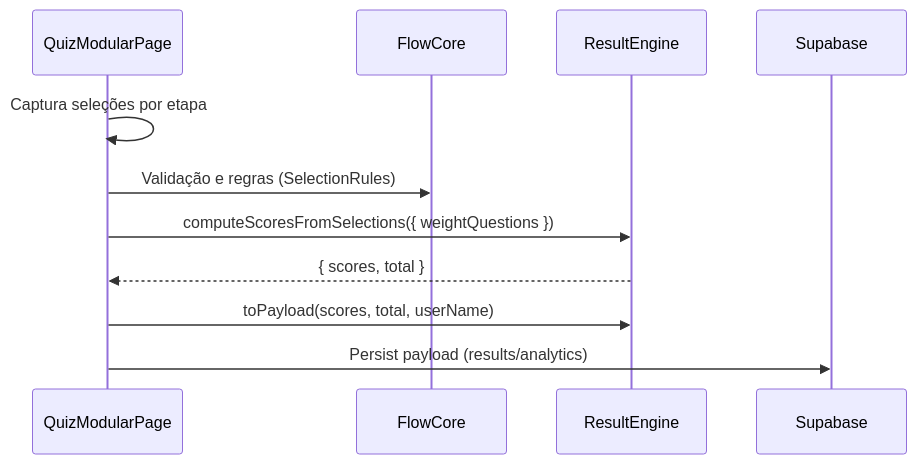
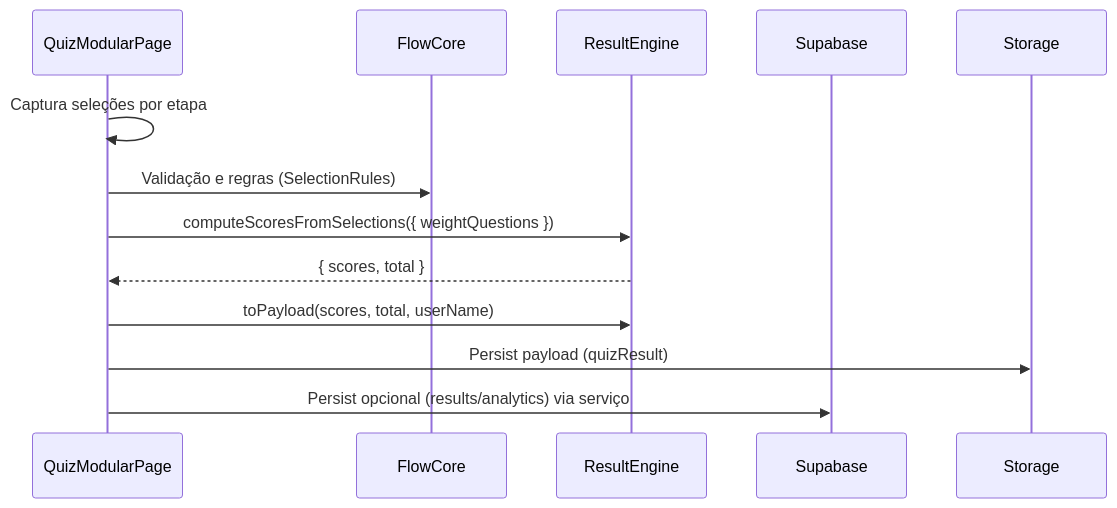
Before and after one commit to giselegal/quiz-flow-pro-verso-03342: the third of 3 diagrams in docs/ARQUITETURA_FUNIL_QUIZ.md, drawn with Mermaid. The commit also changed other lines of this file and 10 other files, not shown here.

````diff
--- a/docs/ARQUITETURA_FUNIL_QUIZ.md
+++ b/docs/ARQUITETURA_FUNIL_QUIZ.md
@@ -134,13 +135,14 @@
 ```mermaid
 sequenceDiagram
   participant UI as QuizModularPage
   participant FC as FlowCore
   participant RE as ResultEngine
   participant DB as Supabase
   UI->>UI: Captura seleções por etapa
   UI->>FC: Validação e regras (SelectionRules)
   UI->>RE: computeScoresFromSelections({ weightQuestions })
   RE-->>UI: { scores, total }
   UI->>RE: toPayload(scores, total, userName)
-  UI->>DB: Persist payload (results/analytics)
+  UI->>Storage: Persist payload (quizResult)
+  UI->>DB: Persist opcional (results/analytics) via serviço
 ```
````
